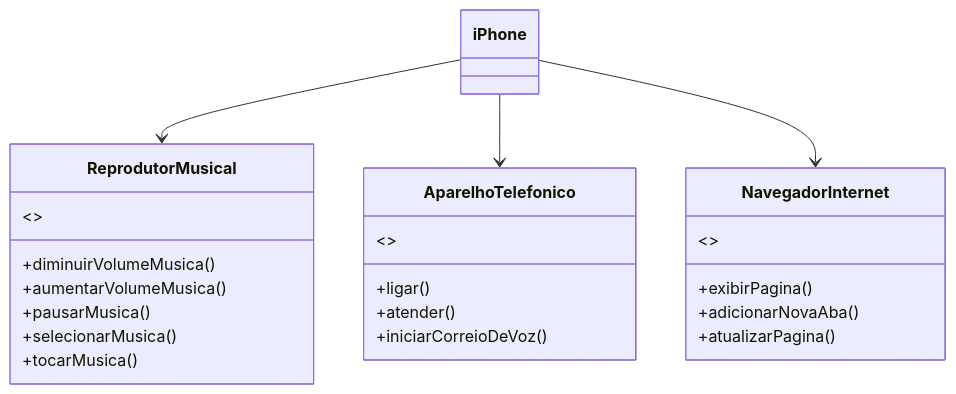
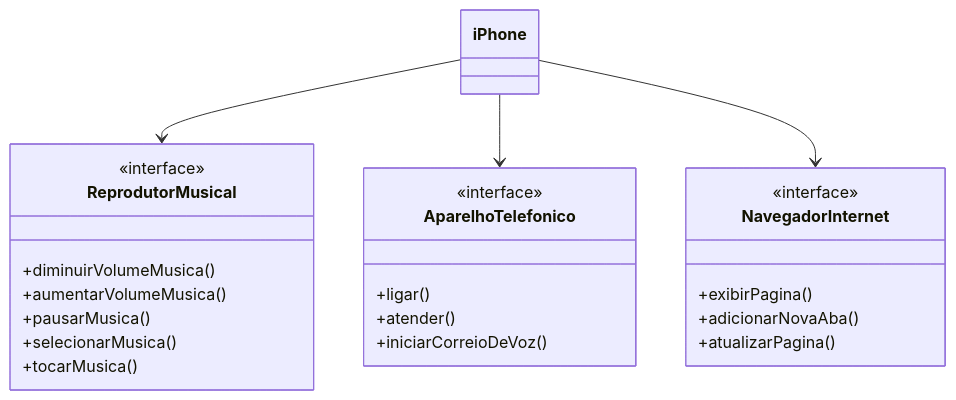
The diagram in README.md (WitorDias/dio-trilha-java-desafio-uml), drawn with Mermaid before and after one commit.

Commit message:
Update README.md
correções no diagrama

````diff
--- a/README.md
+++ b/README.md
@@ -4,33 +4,38 @@
 ```mermaid
 classDiagram
     class ReprodutorMusical {
         +diminuirVolumeMusica()
         +aumentarVolumeMusica()
         +pausarMusica()
         +selecionarMusica()
         +tocarMusica()
     }
 
     class AparelhoTelefonico {
         +ligar()
         +atender()
         +iniciarCorreioDeVoz()
     }
 
     class NavegadorInternet {
         +exibirPagina()
         +adicionarNovaAba()
         +atualizarPagina()
     }
 
     class iPhone {
     }
 
     iPhone --> ReprodutorMusical
     iPhone --> AparelhoTelefonico
     iPhone --> NavegadorInternet
 
-    ReprodutorMusical : <<interface>>
-    AparelhoTelefonico : <<interface>>
-    NavegadorInternet : <<interface>>
+class ReprodutorMusical
+<<interface>> ReprodutorMusical
+
+class AparelhoTelefonico
+<<interface>> AparelhoTelefonico
+
+class NavegadorInternet
+<<interface>> NavegadorInternet
 ```
````
